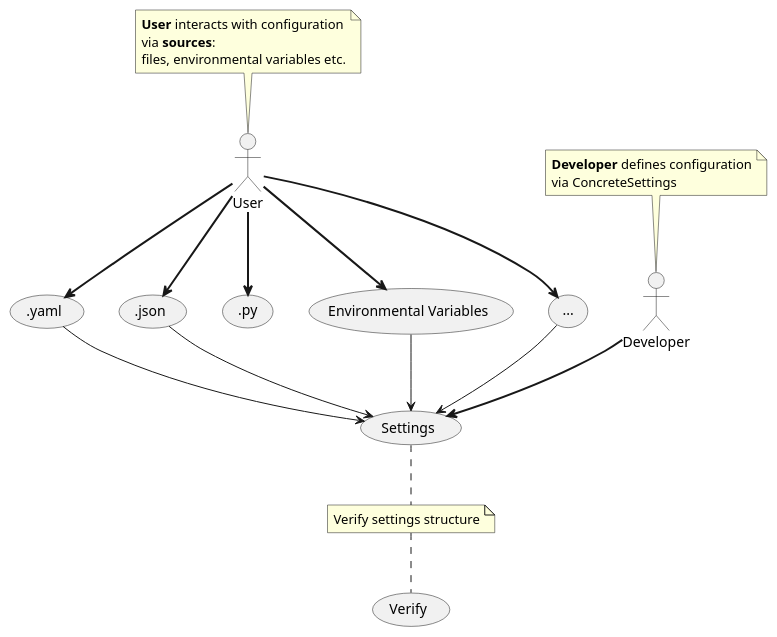
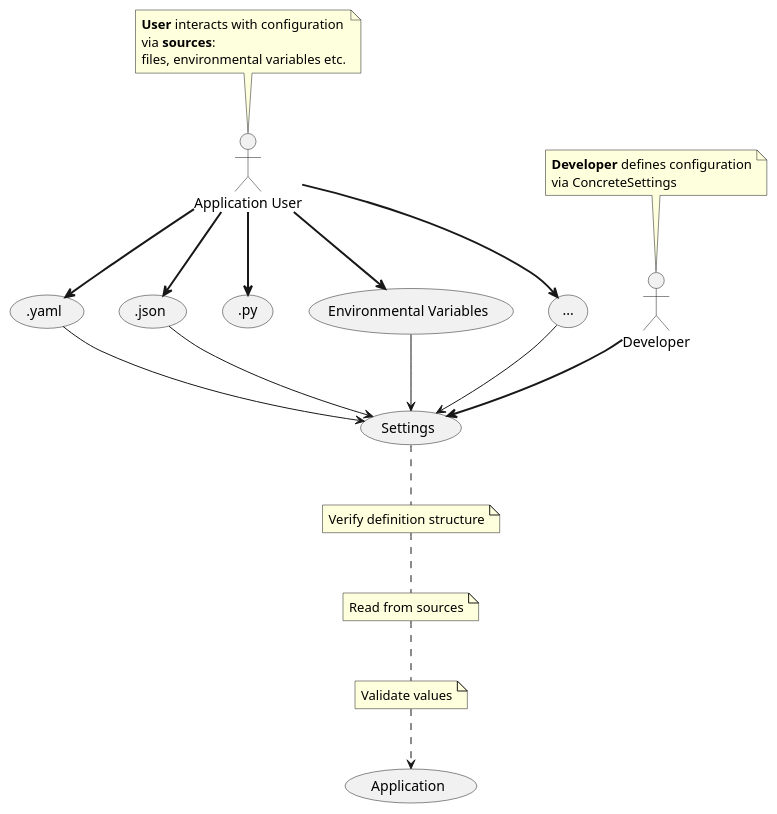
Before and after one commit to BasicWolf/archived-concrete-settings: the diagram in docs/index.rst, drawn with PlantUML.

```diff
--- a/docs/index.rst
+++ b/docs/index.rst
@@ -51,39 +51,45 @@
 .. uml::
 
    @startuml
    :Developer: as Dev
-   :User: as User
-   (.yaml) as (yaml-source)
-   (.json) as (json-source)
-   (.py) as (py-source)
+   :Application User: as User
+   (.yaml) as (yaml_source)
+   (.json) as (json_source)
+   (.py) as (py_source)
    (Environmental Variables) as (envvar)
 
    note top of User
        **User** interacts with configuration
        via **sources**:
        files, environmental variables etc.
    end note
 
    note top of Dev
        **Developer** defines configuration
        via ConcreteSettings
    end note
 
-   User ==> (yaml-source)
-   User ==> (json-source)
+   User ==> (yaml_source)
+   User ==> (json_source)
    User ==> (envvar)
-   User ==> (py-source)
+   User ==> (py_source)
    User ==> (...)
 
    Dev ==> (Settings)
-   (yaml-source) --> (Settings)
-   (json-source) --> (Settings)
+   (yaml_source) --> (Settings)
+   (json_source) --> (Settings)
    (envvar) --> (Settings)
    (...) --> (Settings)
 
-   note "Verify settings structure" as N10
-   (Settings) .. N10
-   N10 .. (Verify)
+
+   note "Verify definition structure" as note_verify
+   note "Read from sources" as note_read_settings
+   note "Validate values" as note_validate
+
+   (Settings) .. note_verify
+   note_verify .. note_read_settings
+   note_read_settings .. note_validate
+   note_validate ..> (Application)
 
 
    @enduml
```
